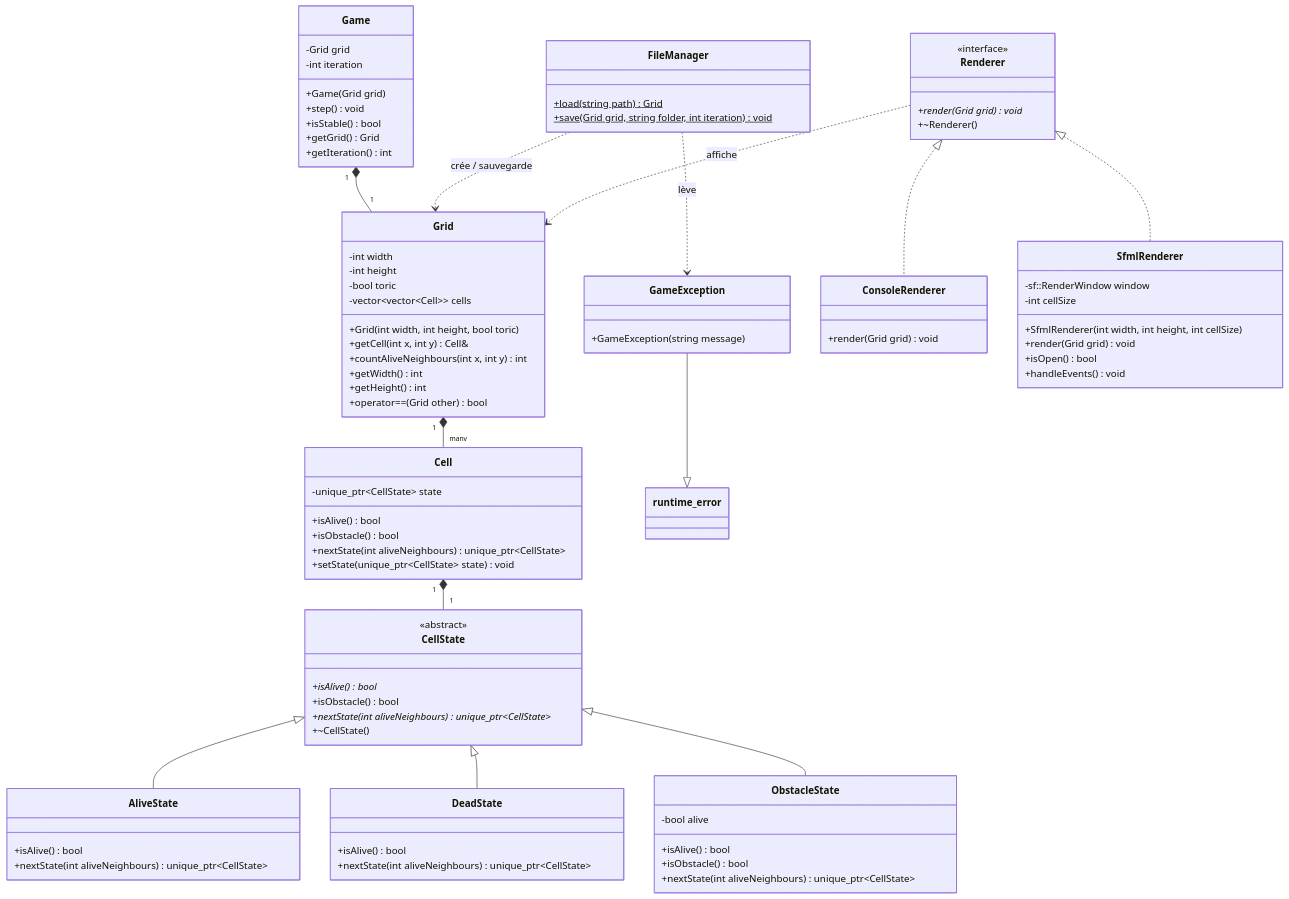
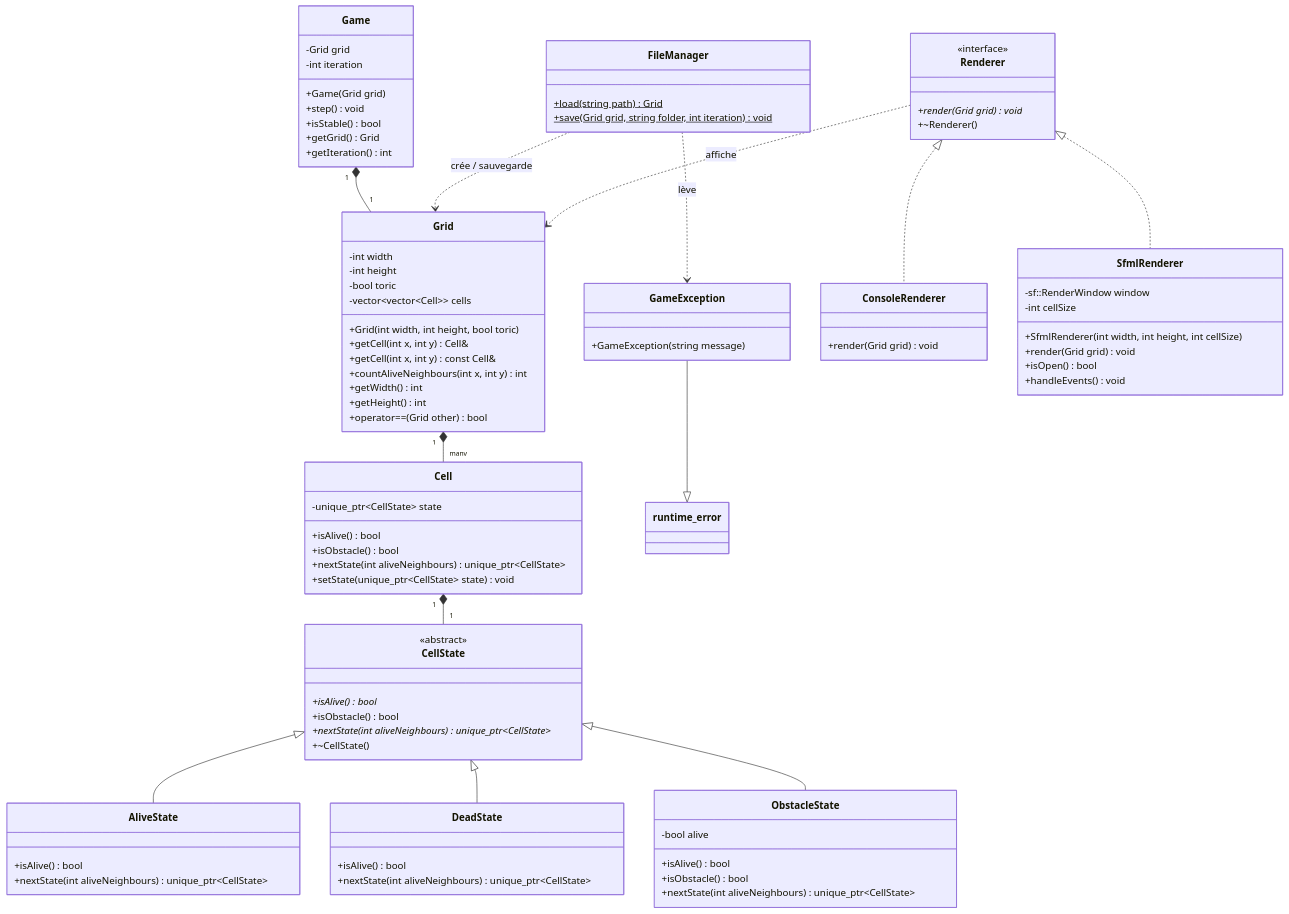
The diagram in Diagrammes/diagramme-classes.md (titouandup/jeu-de-la-vie), drawn with Mermaid before and after one commit.

Commit message:
Modification Diagramme de classes

```diff
--- a/Diagrammes/diagramme-classes.md
+++ b/Diagrammes/diagramme-classes.md
@@ -44,6 +44,7 @@
         -vector~vector~Cell~~ cells
         +Grid(int width, int height, bool toric)
         +getCell(int x, int y) Cell&
+        +getCell(int x, int y) const Cell&
         +countAliveNeighbours(int x, int y) int
         +getWidth() int
         +getHeight() int
```
